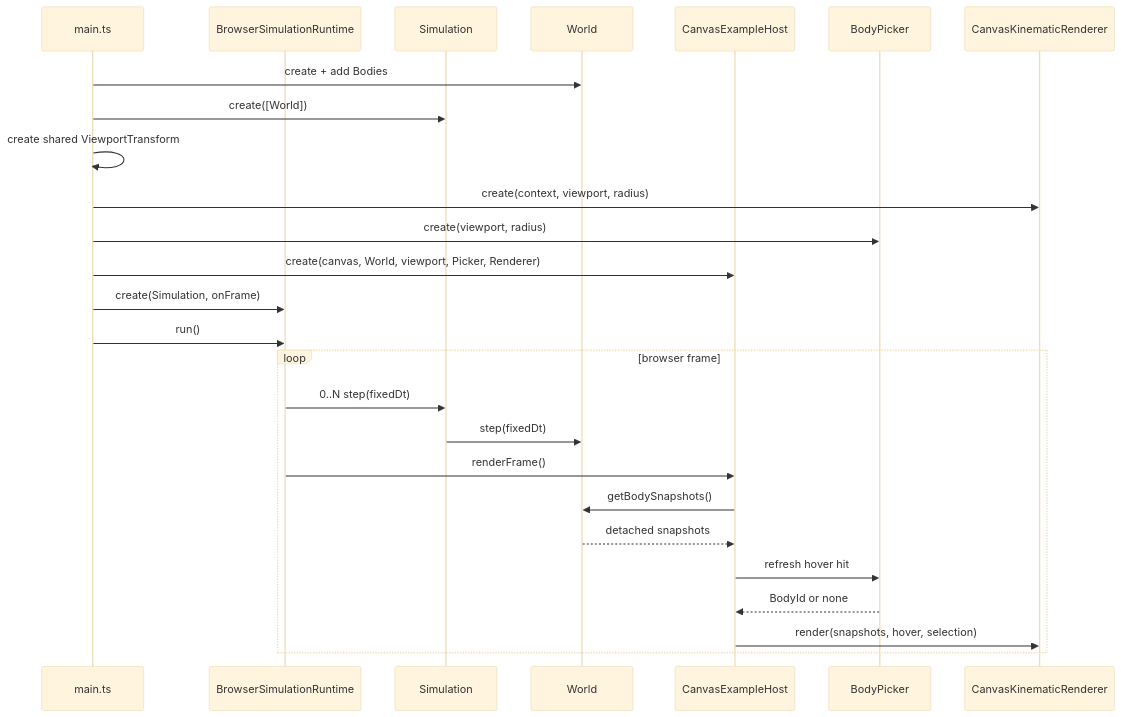
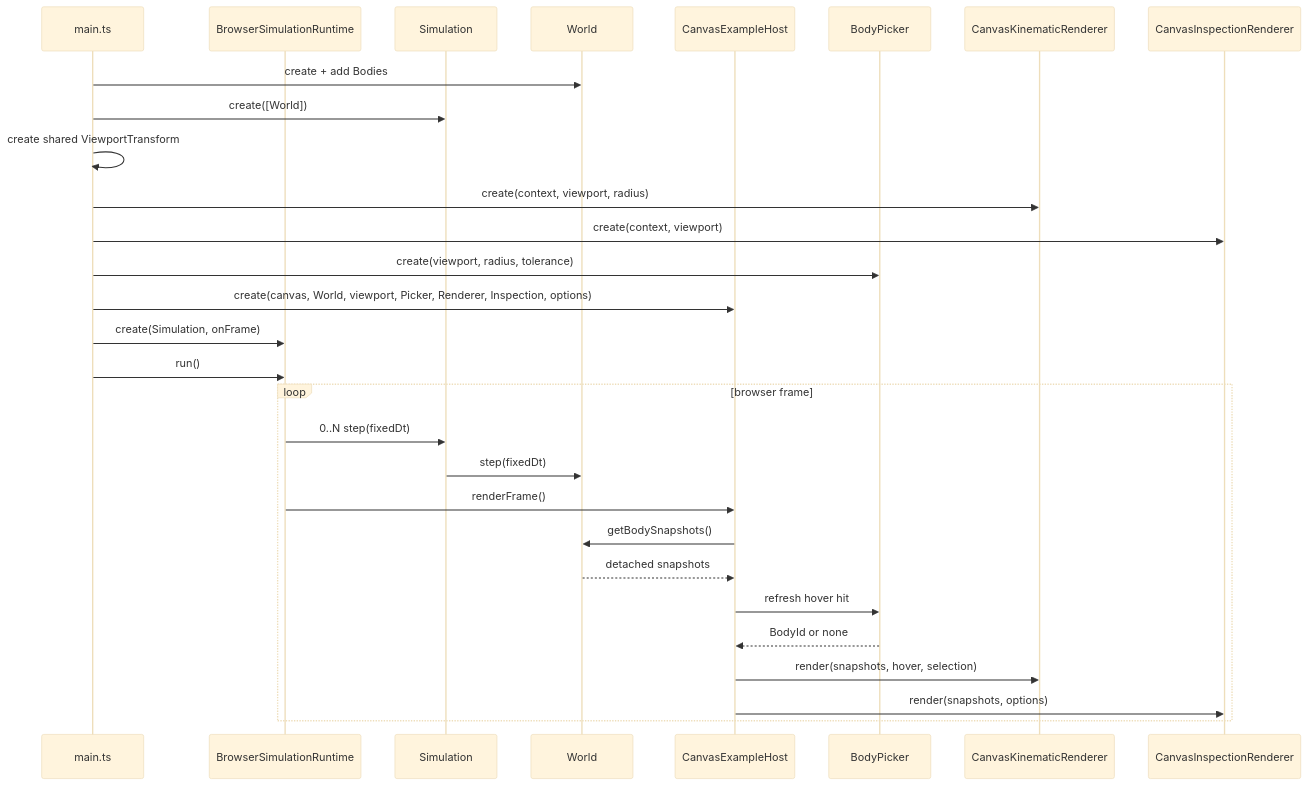
Before and after one commit to fa-ribeiro/vLab2D: diagram 11 of 11 in docs/architecture/README.md, drawn with Mermaid (base theme). The commit also changed other lines of this file and 3 other files, not shown here.

````diff
--- a/docs/architecture/README.md
+++ b/docs/architecture/README.md
@@ -956,30 +986,33 @@
 ```mermaid
 sequenceDiagram
     participant Main as main.ts
     participant Runtime as BrowserSimulationRuntime
     participant Simulation
     participant World
     participant Host as CanvasExampleHost
     participant Picker as BodyPicker
     participant Renderer as CanvasKinematicRenderer
+    participant Inspection as CanvasInspectionRenderer
 
     Main->>World: create + add Bodies
     Main->>Simulation: create([World])
     Main->>Main: create shared ViewportTransform
     Main->>Renderer: create(context, viewport, radius)
-    Main->>Picker: create(viewport, radius)
-    Main->>Host: create(canvas, World, viewport, Picker, Renderer)
+    Main->>Inspection: create(context, viewport)
+    Main->>Picker: create(viewport, radius, tolerance)
+    Main->>Host: create(canvas, World, viewport, Picker, Renderer, Inspection, options)
     Main->>Runtime: create(Simulation, onFrame)
     Main->>Runtime: run()
 
     loop browser frame
         Runtime->>Simulation: 0..N step(fixedDt)
         Simulation->>World: step(fixedDt)
         Runtime->>Host: renderFrame()
         Host->>World: getBodySnapshots()
         World-->>Host: detached snapshots
         Host->>Picker: refresh hover hit
         Picker-->>Host: BodyId or none
         Host->>Renderer: render(snapshots, hover, selection)
+        Host->>Inspection: render(snapshots, options)
     end
 ```
````
